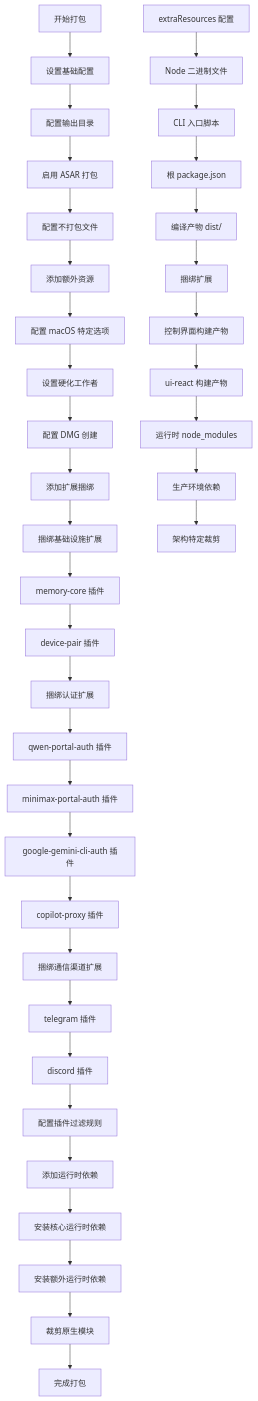
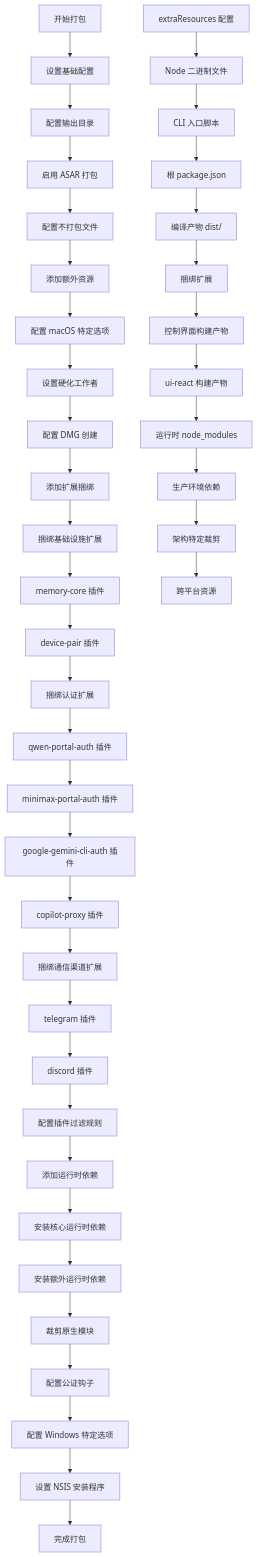
The fifth of 18 diagrams in .qoder/repowiki/zh/content/Electron Packaging Configuration.md (verse-ai-org/openclaw), drawn with Mermaid before and after one commit. The commit also changed other lines of this file and 75 other files, not shown here.

````diff
--- a/.qoder/repowiki/zh/content/Electron Packaging Configuration.md
+++ b/.qoder/repowiki/zh/content/Electron Packaging Configuration.md
@@ -288,39 +306,43 @@
 ```mermaid
 flowchart TD
 A[开始打包] --> B[设置基础配置]
 B --> C[配置输出目录]
 C --> D[启用 ASAR 打包]
 D --> E[配置不打包文件]
 E --> F[添加额外资源]
 F --> G[配置 macOS 特定选项]
 G --> H[设置硬化工作者]
 H --> I[配置 DMG 创建]
 I --> J[添加扩展捆绑]
 J --> K[捆绑基础设施扩展]
 K --> L[memory-core 插件]
 L --> M[device-pair 插件]
 M --> N[捆绑认证扩展]
 N --> O[qwen-portal-auth 插件]
 O --> P[minimax-portal-auth 插件]
 P --> Q[google-gemini-cli-auth 插件]
 Q --> R[copilot-proxy 插件]
 R --> S[捆绑通信渠道扩展]
 S --> T[telegram 插件]
 T --> U[discord 插件]
 U --> V[配置插件过滤规则]
 V --> W[添加运行时依赖]
 W --> X[安装核心运行时依赖]
 X --> Y[安装额外运行时依赖]
 Y --> Z[裁剪原生模块]
-Z --> AA[完成打包]
-BB[extraResources 配置] --> CC[Node 二进制文件]
-CC --> DD[CLI 入口脚本]
-DD --> EE[根 package.json]
-EE --> FF[编译产物 dist/]
-FF --> GG[捆绑扩展]
-GG --> HH[控制界面构建产物]
-HH --> II[ui-react 构建产物]
-II --> JJ[运行时 node_modules]
-JJ --> KK[生产环境依赖]
-KK --> LL[架构特定裁剪]
+Z --> AA[配置公证钩子]
+AA --> AB[配置 Windows 特定选项]
+AB --> AC[设置 NSIS 安装程序]
+AC --> AD[完成打包]
+AE[extraResources 配置] --> AF[Node 二进制文件]
+AF --> AG[CLI 入口脚本]
+AG --> AH[根 package.json]
+AH --> AI[编译产物 dist/]
+AI --> AJ[捆绑扩展]
+AJ --> AK[控制界面构建产物]
+AK --> AL[ui-react 构建产物]
+AL --> AM[运行时 node_modules]
+AM --> AN[生产环境依赖]
+AN --> AO[架构特定裁剪]
+AO --> AP[跨平台资源]
 ```
````
